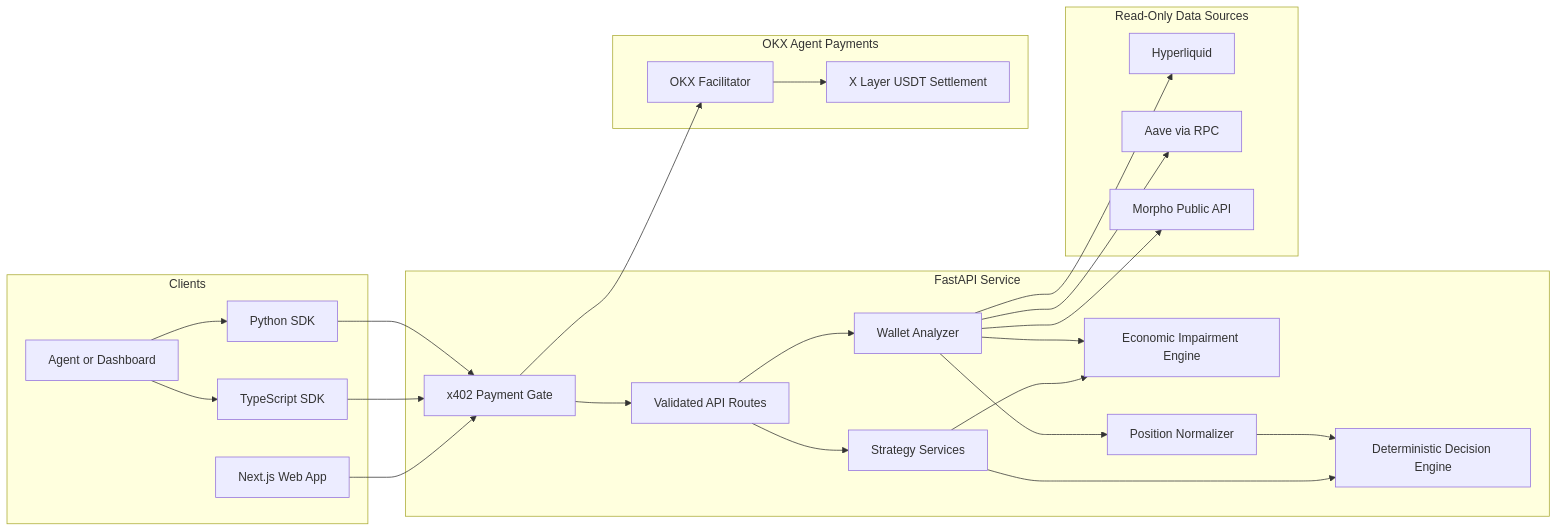
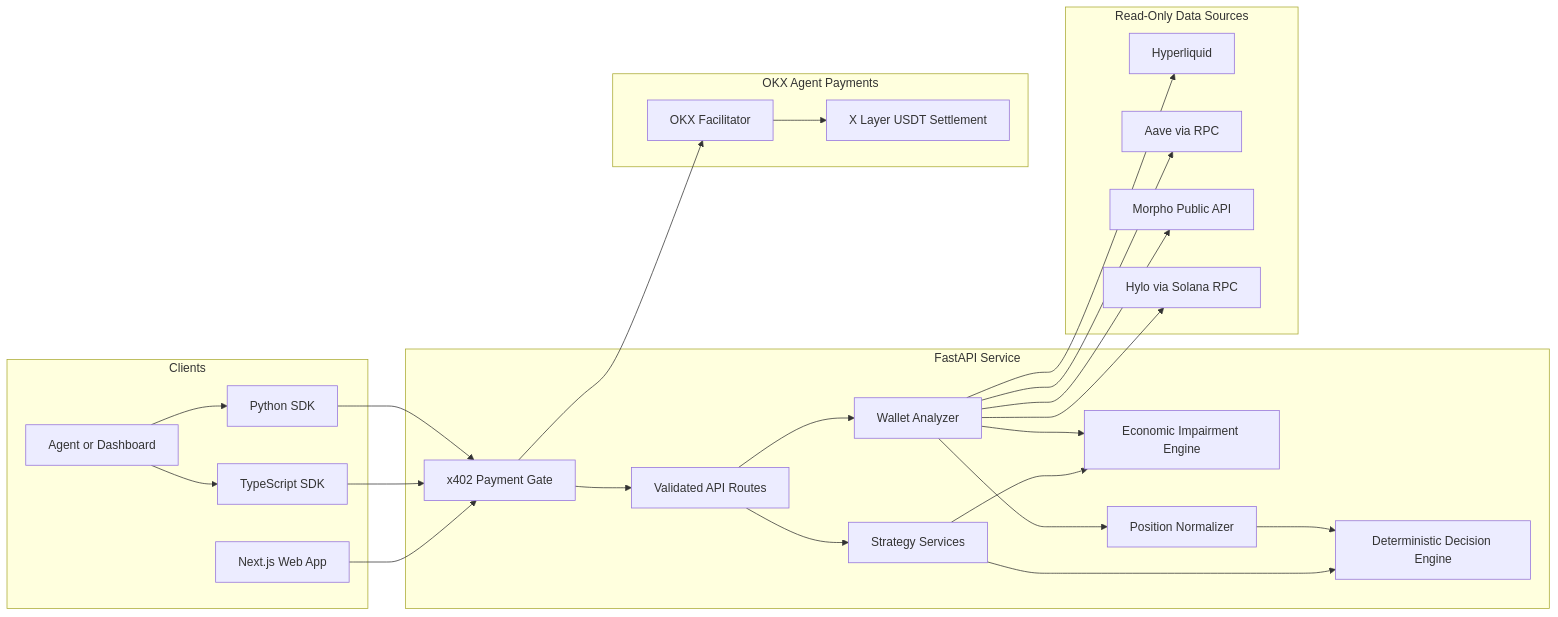
Before and after one commit to Teecash96/DeltaZero: the third of 3 diagrams in README.md, drawn with Mermaid. The commit also changed other lines of this file and 14 other files, not shown here.

Commit message:
feat: add read-only Hylo Solana integration

````diff
--- a/README.md
+++ b/README.md
@@ -502,49 +514,51 @@
 ```mermaid
 flowchart LR
     subgraph Clients
         WEB[Next.js Web App]
         TS[TypeScript SDK]
         PY[Python SDK]
         AGENT[Agent or Dashboard]
     end
 
     subgraph API[FastAPI Service]
         PAYMENT[x402 Payment Gate]
         ROUTES[Validated API Routes]
         STRATEGY[Strategy Services]
         DECISION[Deterministic Decision Engine]
         IMPAIRMENT[Economic Impairment Engine]
         WALLET[Wallet Analyzer]
         NORMALIZER[Position Normalizer]
     end
 
     subgraph Sources[Read-Only Data Sources]
         HL[Hyperliquid]
         AAVE[Aave via RPC]
         MORPHO[Morpho Public API]
+        HYLO[Hylo via Solana RPC]
     end
 
     subgraph Payments[OKX Agent Payments]
         FACILITATOR[OKX Facilitator]
         XLAYER[X Layer USDT Settlement]
     end
 
     WEB --> PAYMENT
     TS --> PAYMENT
     PY --> PAYMENT
     AGENT --> TS
     AGENT --> PY
     PAYMENT --> ROUTES
     PAYMENT --> FACILITATOR
     FACILITATOR --> XLAYER
     ROUTES --> STRATEGY
     ROUTES --> WALLET
     STRATEGY --> DECISION
     STRATEGY --> IMPAIRMENT
     WALLET --> NORMALIZER
     NORMALIZER --> DECISION
     WALLET --> IMPAIRMENT
     WALLET --> HL
     WALLET --> AAVE
     WALLET --> MORPHO
+    WALLET --> HYLO
 ```
````
